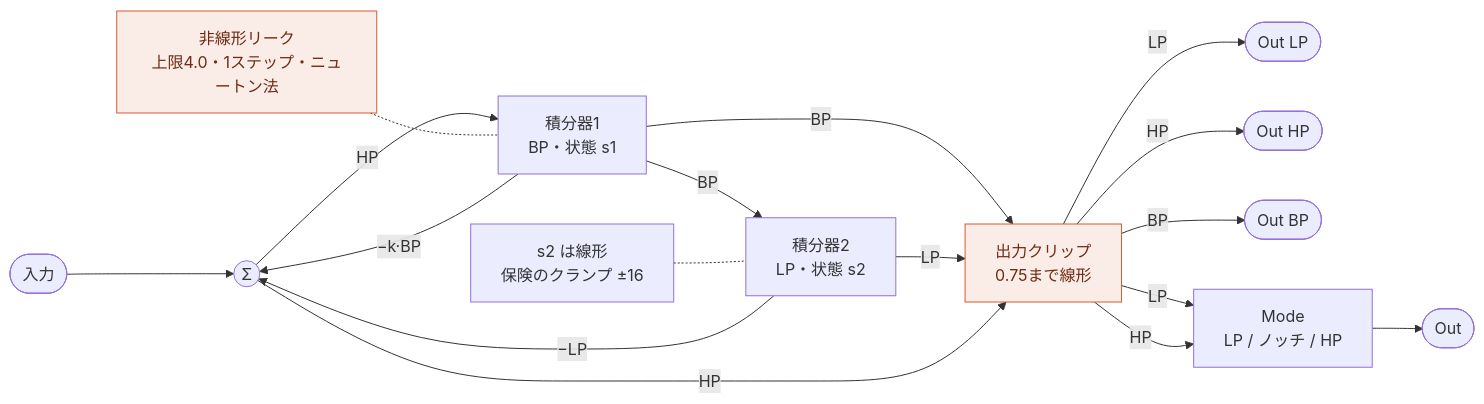
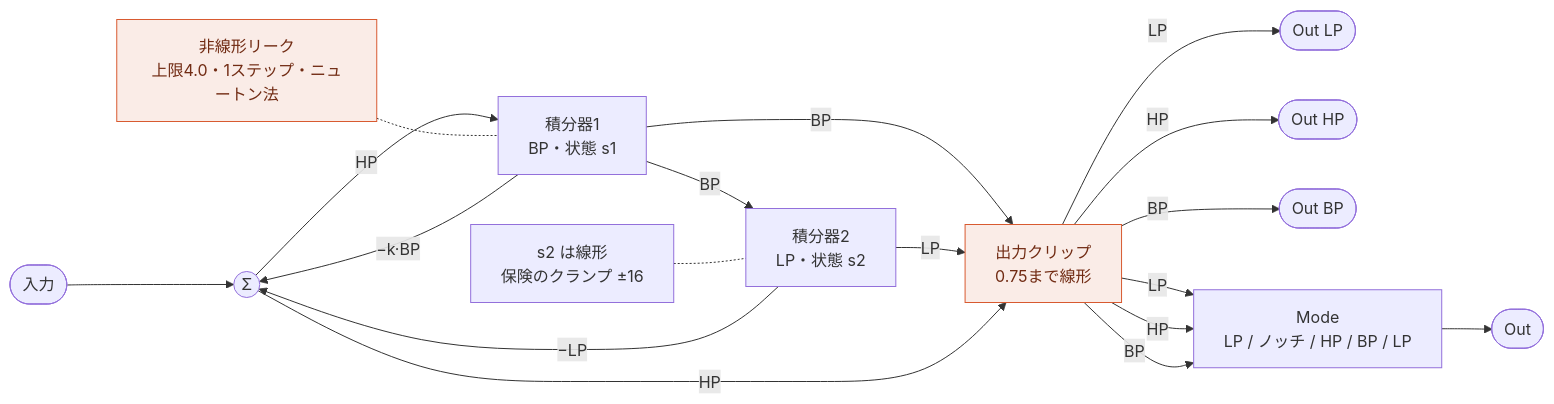
Before and after one commit to risgk/midi_synthesizer_spms1: the first of 5 diagrams in spms1_type2/spms1_patching.ja.md, drawn with Mermaid. The commit also changed other lines of this file and 6 other files, not shown here.

````diff
--- a/spms1_type2/spms1_patching.ja.md
+++ b/spms1_type2/spms1_patching.ja.md
@@ -95,21 +96,22 @@
 ```mermaid
 flowchart LR
   IN([入力]) --> SUM((Σ))
   SUM -->|HP| I1["積分器1<br/>BP・状態 s1"]
   I1 -->|BP| OC
   I1 -->|BP| I2["積分器2<br/>LP・状態 s2"]
   I2 -->|LP| OC["出力クリップ<br/>0.75まで線形"]
   SUM -->|HP| OC
   OC -->|LP| OUT_LP([Out LP])
   OC -->|HP| OUT_HP([Out HP])
   OC -->|BP| OUT_BP([Out BP])
-  OC -->|LP| XF["Mode<br/>LP / ノッチ / HP"]
+  OC -->|LP| XF["Mode<br/>LP / ノッチ / HP / BP / LP"]
   OC -->|HP| XF
+  OC -->|BP| XF
   XF --> OUT([Out])
   SC["非線形リーク<br/>上限4.0・1ステップ・ニュートン法"] -.- I1
   L2["s2 は線形<br/>保険のクランプ ±16"] -.- I2
   I1 -->|"−k·BP"| SUM
   I2 -->|"−LP"| SUM
   classDef nl fill:#FAECE7,stroke:#D85A30,color:#712B13
   class SC,OC nl
 ```
````
